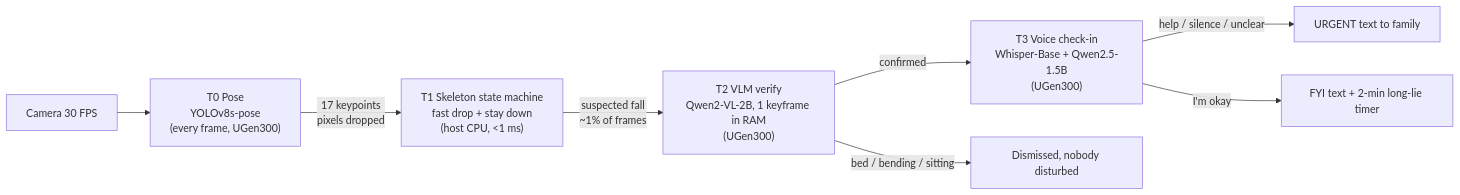
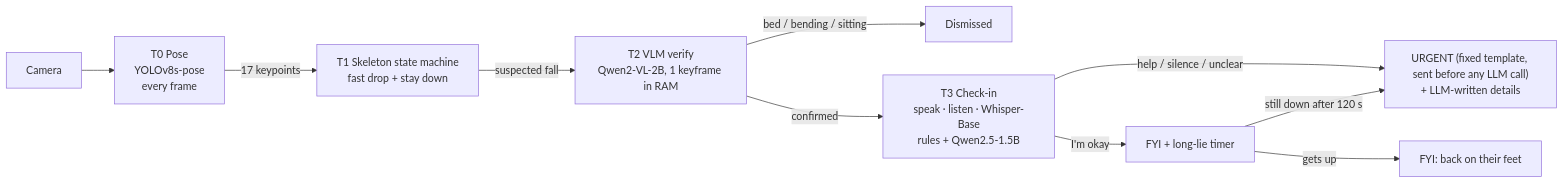
Before and after one commit to yuhung94/anxin-edge: the diagram in README.md, drawn with Mermaid. The commit also changed other lines of this file and 15 other files, not shown here.

````diff
--- a/README.md
+++ b/README.md
@@ -18,10 +25,12 @@
 ```mermaid
 flowchart LR
-    CAM[Camera 30 FPS] --> T0["T0 Pose<br/>YOLOv8s-pose<br/>(every frame, UGen300)"]
-    T0 -->|17 keypoints<br/>pixels dropped| T1["T1 Skeleton state machine<br/>fast drop + stay down<br/>(host CPU, &lt;1 ms)"]
-    T1 -->|suspected fall<br/>~1% of frames| T2["T2 VLM verify<br/>Qwen2-VL-2B, 1 keyframe in RAM<br/>(UGen300)"]
-    T2 -->|confirmed| T3["T3 Voice check-in<br/>Whisper-Base + Qwen2.5-1.5B<br/>(UGen300)"]
-    T2 -->|bed / bending / sitting| X[Dismissed, nobody disturbed]
-    T3 -->|help / silence / unclear| U[URGENT text to family]
-    T3 -->|I'm okay| W[FYI text + 2-min long-lie timer]
+    CAM[Camera] --> T0["T0 Pose<br/>YOLOv8s-pose<br/>every frame"]
+    T0 -->|17 keypoints| T1["T1 Skeleton state machine<br/>fast drop + stay down"]
+    T1 -->|suspected fall| T2["T2 VLM verify<br/>Qwen2-VL-2B, 1 keyframe in RAM"]
+    T2 -->|bed / bending / sitting| X[Dismissed]
+    T2 -->|confirmed| T3["T3 Check-in<br/>speak · listen · Whisper-Base<br/>rules + Qwen2.5-1.5B"]
+    T3 -->|help / silence / unclear| U["URGENT (fixed template, sent before any LLM call)<br/>+ LLM-written details"]
+    T3 -->|I'm okay| W[FYI + long-lie timer]
+    W -->|still down after 120 s| U
+    W -->|gets up| R[FYI: back on their feet]
 ```
````
